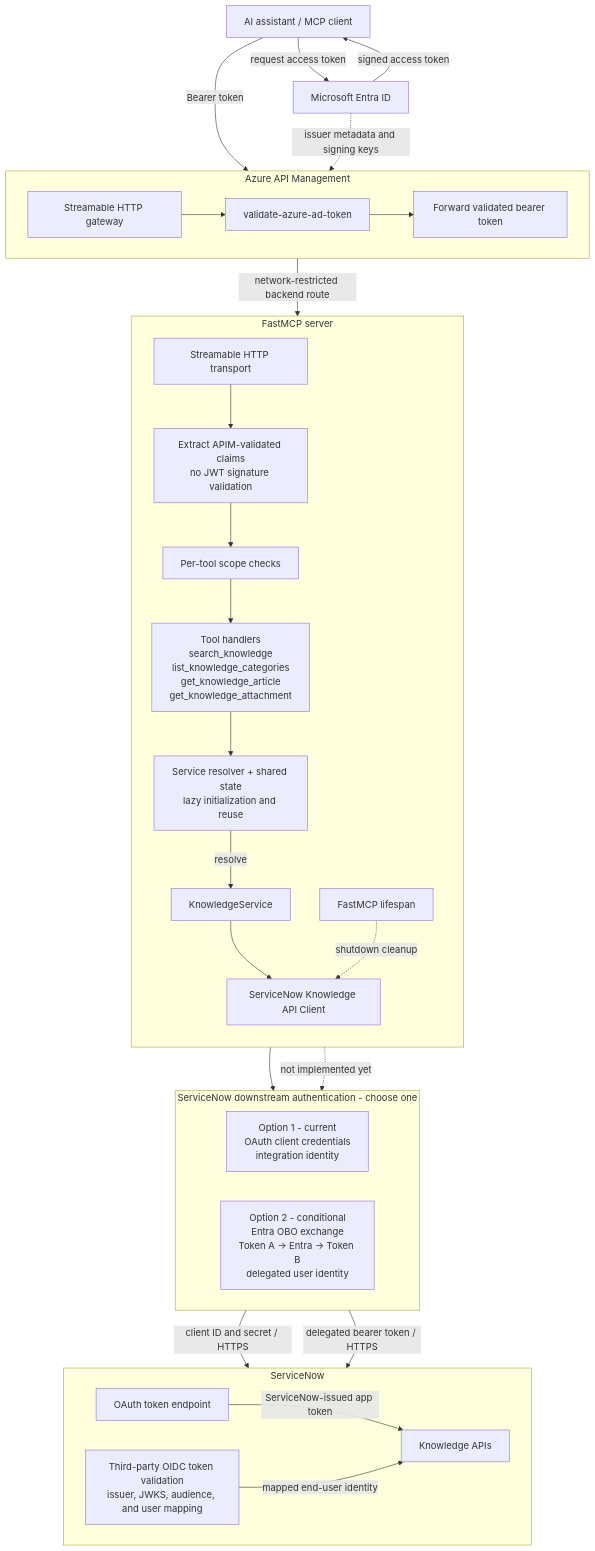
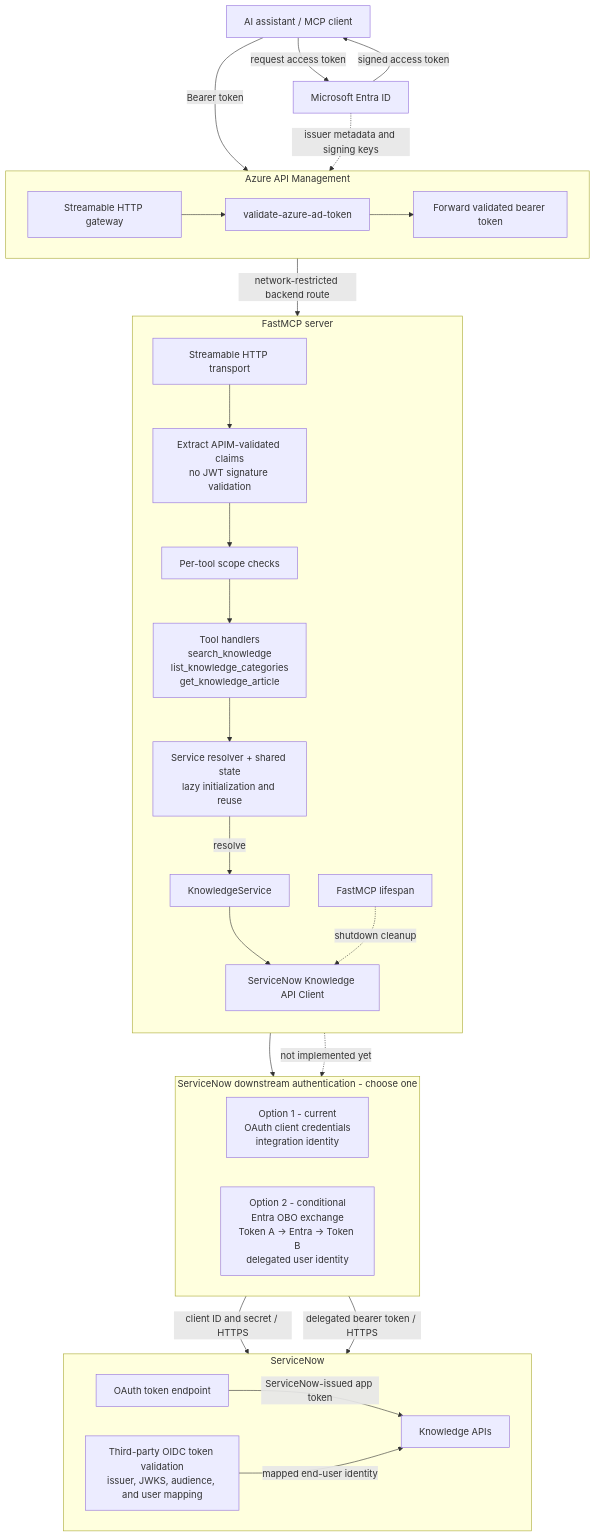
Before and after one commit to Xingyuj/SnowMCP: the diagram in README.md, drawn with Mermaid. The commit also changed other lines of this file and 4 other files, not shown here.

````diff
--- a/README.md
+++ b/README.md
@@ -155,61 +153,61 @@
 ```mermaid
 flowchart TB
     Client[AI assistant / MCP client]
     Entra[Microsoft Entra ID]
 
     subgraph APIM[Azure API Management]
         direction LR
         Gateway[Streamable HTTP gateway]
         Validate[validate-azure-ad-token]
         Forward[Forward validated bearer token]
 
         Gateway --> Validate
         Validate --> Forward
     end
 
     subgraph FastMCP[FastMCP server]
         direction TB
         Transport[Streamable HTTP transport]
         Claims["Extract APIM-validated claims<br/>no JWT signature validation"]
         Scopes[Per-tool scope checks]
-        Tools["Tool handlers<br/>search_knowledge<br/>list_knowledge_categories<br/>get_knowledge_article<br/>get_knowledge_attachment"]
+        Tools["Tool handlers<br/>search_knowledge<br/>list_knowledge_categories<br/>get_knowledge_article"]
         Resolver["Service resolver + shared state<br/>lazy initialization and reuse"]
         Service[KnowledgeService]
         API[ServiceNow Knowledge API Client]
         Lifecycle[FastMCP lifespan]
 
         Transport --> Claims
         Claims --> Scopes
         Scopes --> Tools
         Tools --> Resolver
         Resolver -->|resolve| Service
         Service --> API
         Lifecycle -.->|shutdown cleanup| API
     end
 
     subgraph DownstreamAuth[ServiceNow downstream authentication - choose one]
         direction LR
         ClientCredentials["Option 1 - current<br/>OAuth client credentials<br/>integration identity"]
         OBO["Option 2 - conditional<br/>Entra OBO exchange<br/>Token A → Entra → Token B<br/>delegated user identity"]
     end
 
     subgraph ServiceNow[ServiceNow]
         direction LR
         TokenEndpoint[OAuth token endpoint]
         OIDC["Third-party OIDC token validation<br/>issuer, JWKS, audience, and user mapping"]
         SN[Knowledge APIs]
 
         TokenEndpoint -->|ServiceNow-issued app token| SN
         OIDC -->|mapped end-user identity| SN
     end
 
     Client -->|request access token| Entra
     Entra -->|signed access token| Client
     Client -->|Bearer token| Gateway
     Entra -.->|issuer metadata and signing keys| Validate
     Forward -->|network-restricted backend route| Transport
     API --> ClientCredentials
     ClientCredentials -->|client ID and secret / HTTPS| TokenEndpoint
     API -.->|not implemented yet| OBO
     OBO -->|delegated bearer token / HTTPS| OIDC
 ```
````
